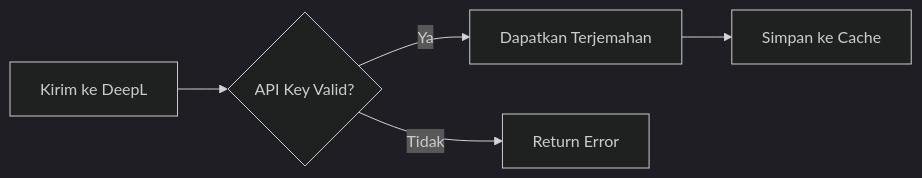
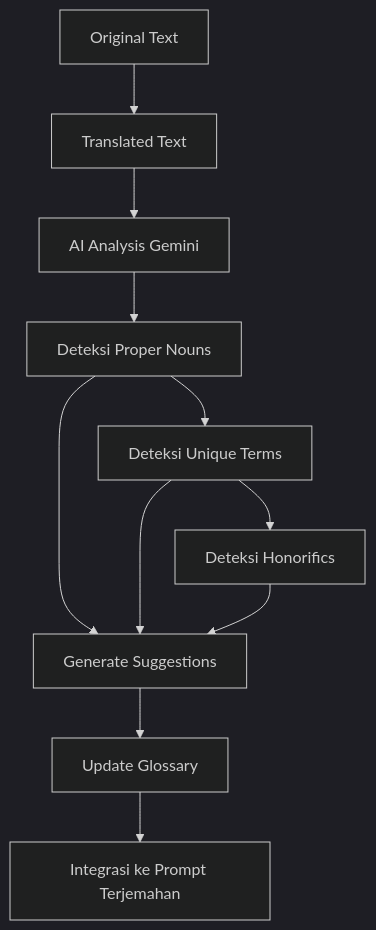
Before and after one commit to irazawa/Manga-OCR: the sixth of 8 diagrams in README.md, drawn with Mermaid (dark theme). The commit also changed other lines of this file and 4 other files, not shown here.

````diff
--- a/README.md
+++ b/README.md
@@ -90,7 +82,7 @@
 ```mermaid
-flowchart LR
-    E1[Kirim ke DeepL] --> E2{API Key Valid?}
-    E2 -->|Ya| E3[Dapatkan Terjemahan]
-    E2 -->|Tidak| E4[Return Error]
-    E3 --> E5[Simpan ke Cache]
+flowchart TD
+    E1[Original Text] --> E2[Translated Text] --> E3[AI Analysis Gemini]
+    E3 --> E4[Deteksi Proper Nouns] --> E5[Deteksi Unique Terms] --> E6[Deteksi Honorifics]
+    E4 & E5 & E6 --> E7[Generate Suggestions] --> E8[Update Glossary]
+    E8 --> E9[Integrasi ke Prompt Terjemahan]
 ```
````
